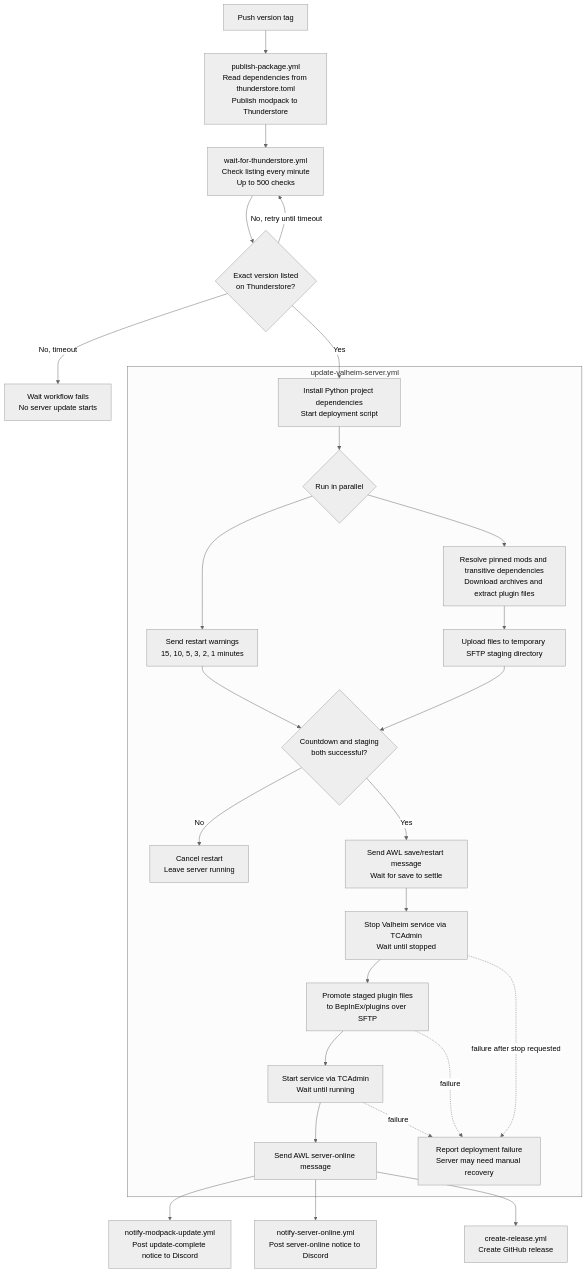
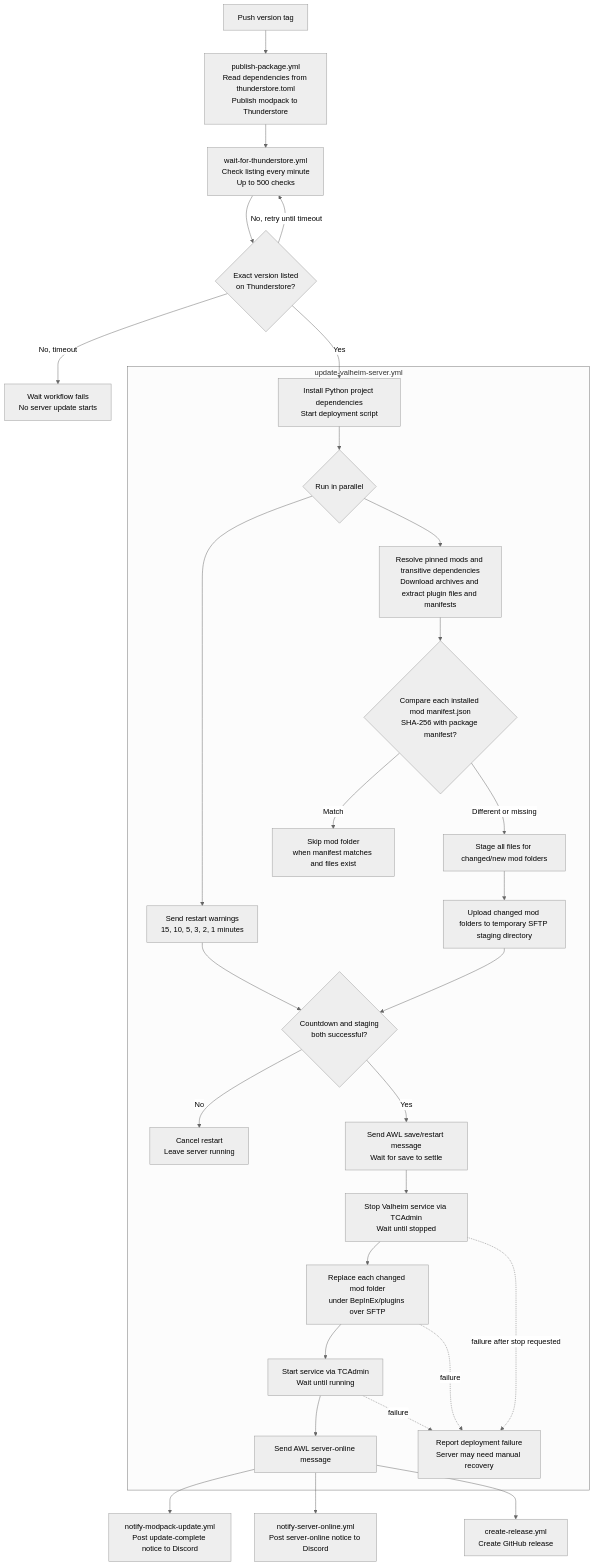
One commit to ryandamen/starfinders_valheim changed the diagram in docs/workflow.mmd. Above: the diagram before and after it, drawn with Mermaid (neutral theme). The commit also changed 3 other files, not shown here.

```diff
--- a/docs/workflow.mmd
+++ b/docs/workflow.mmd
@@ -1,47 +1,52 @@
 flowchart TD
     tag["Push version tag"]
     publish["publish-package.yml<br/>Read dependencies from thunderstore.toml<br/>Publish modpack to Thunderstore"]
     wait["wait-for-thunderstore.yml<br/>Check listing every minute<br/>Up to 500 checks"]
     listed{"Exact version listed<br/>on Thunderstore?"}
     failListing["Wait workflow fails<br/>No server update starts"]
 
     subgraph deploy["update-valheim-server.yml"]
         start["Install Python project dependencies<br/>Start deployment script"]
         parallel{"Run in parallel"}
         countdown["Send restart warnings<br/>15, 10, 5, 3, 2, 1 minutes"]
-        packages["Resolve pinned mods and transitive dependencies<br/>Download archives and extract plugin files"]
-        staged["Upload files to temporary SFTP staging directory"]
+        packages["Resolve pinned mods and transitive dependencies<br/>Download archives and extract plugin files and manifests"]
+        compare{"Compare each installed mod manifest.json<br/>SHA-256 with package manifest?"}
+        unchanged["Skip mod folder<br/>when manifest matches and files exist"]
+        changed["Stage all files for changed/new mod folders"]
+        staged["Upload changed mod folders to temporary SFTP staging directory"]
         ready{"Countdown and staging<br/>both successful?"}
         cancel["Cancel restart<br/>Leave server running"]
         save["Send AWL save/restart message<br/>Wait for save to settle"]
         stop["Stop Valheim service via TCAdmin<br/>Wait until stopped"]
-        promote["Promote staged plugin files<br/>to BepInEx/plugins over SFTP"]
+        promote["Replace each changed mod folder<br/>under BepInEx/plugins over SFTP"]
         launch["Start service via TCAdmin<br/>Wait until running"]
         awlOnline["Send AWL server-online message"]
         failAfterStop["Report deployment failure<br/>Server may need manual recovery"]
 
         start --> parallel
         parallel --> countdown
         parallel --> packages
-        packages --> staged
+        packages --> compare
+        compare -->|Match| unchanged
+        compare -->|Different or missing| changed --> staged
         countdown --> ready
         staged --> ready
         ready -->|No| cancel
         ready -->|Yes| save
         save --> stop --> promote --> launch --> awlOnline
         stop -. "failure after stop requested" .-> failAfterStop
         promote -. "failure" .-> failAfterStop
         launch -. "failure" .-> failAfterStop
     end
 
     tag --> publish --> wait --> listed
     listed -->|No, retry until timeout| wait
     listed -->|No, timeout| failListing
     listed -->|Yes| start
 
     complete["notify-modpack-update.yml<br/>Post update-complete notice to Discord"]
     online["notify-server-online.yml<br/>Post server-online notice to Discord"]
     release["create-release.yml<br/>Create GitHub release"]
     awlOnline --> complete
     awlOnline --> online
     awlOnline --> release
```
